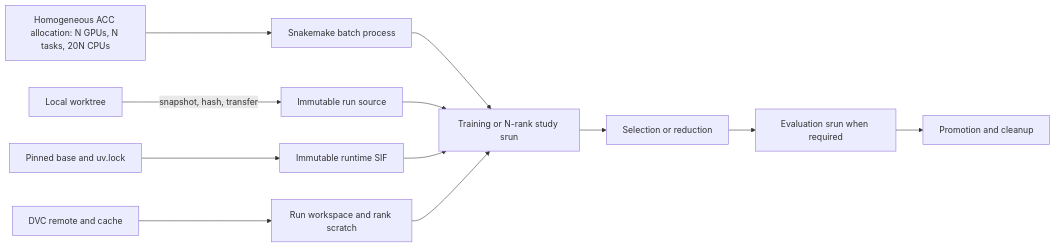
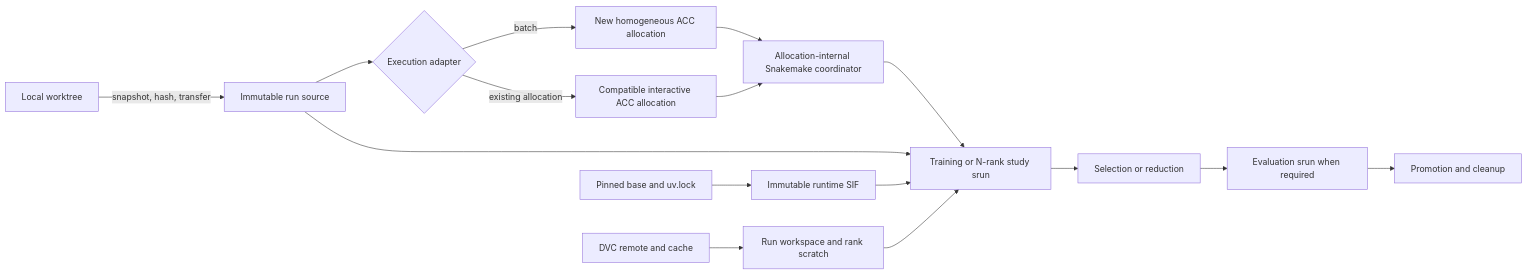
The diagram in docs/RELOCATABLE_SNAKEMAKE_DVC_ARCHITECTURE.md (lewis-k-s/EpiForecaster), drawn with Mermaid before and after one commit. The commit also changed other lines of this file and 10 other files, not shown here.

Commit message:
workflow: support existing interactive allocations

````diff
--- a/docs/RELOCATABLE_SNAKEMAKE_DVC_ARCHITECTURE.md
+++ b/docs/RELOCATABLE_SNAKEMAKE_DVC_ARCHITECTURE.md
@@ -16,14 +16,18 @@
 ```mermaid
 flowchart LR
     WT["Local worktree"] -->|"snapshot, hash, transfer"| SRC["Immutable run source"]
     LOCK["Pinned base and uv.lock"] --> SIF["Immutable runtime SIF"]
     DVC["DVC remote and cache"] --> DATA["Run workspace and rank scratch"]
-    ALLOC["Homogeneous ACC allocation: N GPUs, N tasks, 20N CPUs"] --> SMK["Snakemake batch process"]
+    ADAPTER{"Execution adapter"} -->|"batch"| ALLOC["New homogeneous ACC allocation"]
+    ADAPTER -->|"existing allocation"| IALLOC["Compatible interactive ACC allocation"]
+    ALLOC --> SMK["Allocation-internal Snakemake coordinator"]
+    IALLOC --> SMK
     SMK --> STEP["Training or N-rank study srun"]
     STEP --> SELECT["Selection or reduction"]
     SELECT --> EVAL["Evaluation srun when required"]
     EVAL --> PROMOTE["Promotion and cleanup"]
     SRC --> STEP
     SIF --> STEP
     DATA --> STEP
+    SRC --> ADAPTER
 ```
````
